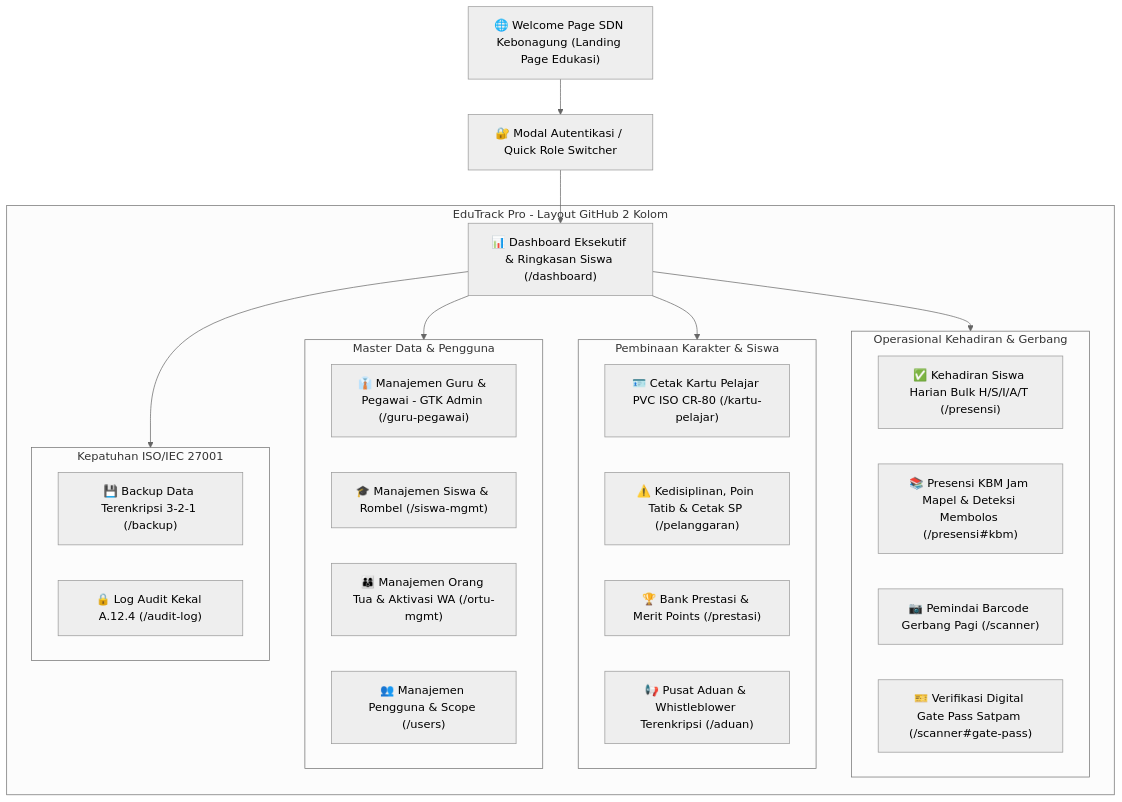
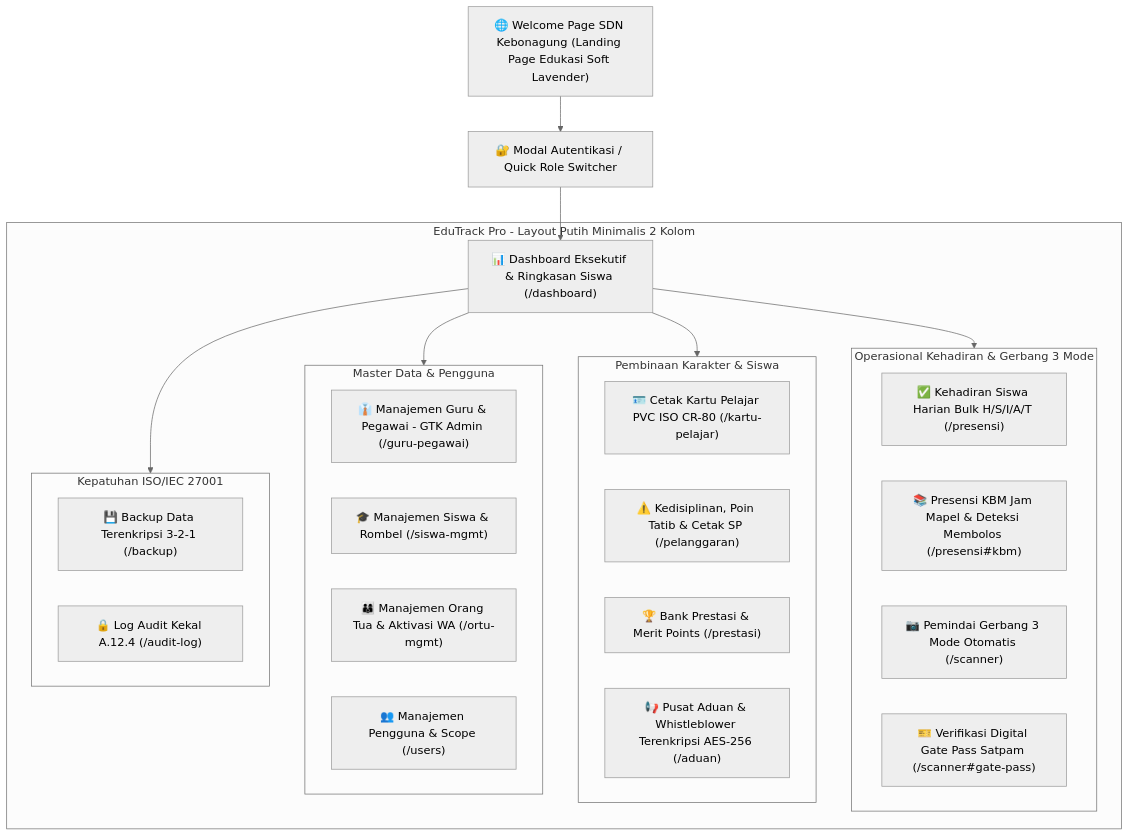
One commit to benny-abdullah/school_app changed the diagram in plan/docs/05_DESIGN_UI.md. Above: the diagram before and after it, drawn with Mermaid (neutral theme). The commit also changed other lines of this file and 12 other files, not shown here.

First line of the commit message:
docs(plan): modernize architecture to JavaScript stack and refine attendance lifecycle

````diff
--- a/plan/docs/05_DESIGN_UI.md
+++ b/plan/docs/05_DESIGN_UI.md
@@ -13,39 +14,39 @@
 ```mermaid
 graph TD
-    WELCOME["🌐 Welcome Page SDN Kebonagung (Landing Page Edukasi)"]
+    WELCOME["🌐 Welcome Page SDN Kebonagung (Landing Page Edukasi Soft Lavender)"]
     LOGIN["🔐 Modal Autentikasi / Quick Role Switcher"]
 
-    subgraph Internal_Portal ["EduTrack Pro - Layout GitHub 2 Kolom"]
+    subgraph Internal_Portal ["EduTrack Pro - Layout Putih Minimalis 2 Kolom"]
         DASH["📊 Dashboard Eksekutif & Ringkasan Siswa (/dashboard)"]
         
-        subgraph Modul_Presensi ["Operasional Kehadiran & Gerbang"]
+        subgraph Modul_Presensi ["Operasional Kehadiran & Gerbang 3 Mode"]
             ATT_DAY["✅ Kehadiran Siswa Harian Bulk H/S/I/A/T (/presensi)"]
             ATT_KBM["📚 Presensi KBM Jam Mapel & Deteksi Membolos (/presensi#kbm)"]
-            SCAN_IN["📷 Pemindai Barcode Gerbang Pagi (/scanner)"]
+            SCAN_3M["📷 Pemindai Gerbang 3 Mode Otomatis (/scanner)"]
             GATE_PASS["🎫 Verifikasi Digital Gate Pass Satpam (/scanner#gate-pass)"]
         end
 
         subgraph Modul_Kesiswaan ["Pembinaan Karakter & Siswa"]
             CARD_GEN["🪪 Cetak Kartu Pelajar PVC ISO CR-80 (/kartu-pelajar)"]
             TATIB["⚠️ Kedisiplinan, Poin Tatib & Cetak SP (/pelanggaran)"]
             PRESTASI["🏆 Bank Prestasi & Merit Points (/prestasi)"]
-            WHISTLE["📢 Pusat Aduan & Whistleblower Terenkripsi (/aduan)"]
+            WHISTLE["📢 Pusat Aduan & Whistleblower Terenkripsi AES-256 (/aduan)"]
         end
 
         subgraph Modul_Master ["Master Data & Pengguna"]
             GTK["👔 Manajemen Guru & Pegawai - GTK Admin (/guru-pegawai)"]
             SISWA["🎓 Manajemen Siswa & Rombel (/siswa-mgmt)"]
             ORTU["👨‍👩‍👦 Manajemen Orang Tua & Aktivasi WA (/ortu-mgmt)"]
             USERS["👥 Manajemen Pengguna & Scope (/users)"]
         end
 
         subgraph Modul_Keamanan ["Kepatuhan ISO/IEC 27001"]
             BACKUP["💾 Backup Data Terenkripsi 3-2-1 (/backup)"]
             AUDIT["🔒 Log Audit Kekal A.12.4 (/audit-log)"]
         end
     end
 
     WELCOME --> LOGIN
     LOGIN --> DASH
     DASH --> Modul_Presensi & Modul_Kesiswaan & Modul_Master & Modul_Keamanan
 ```
````
